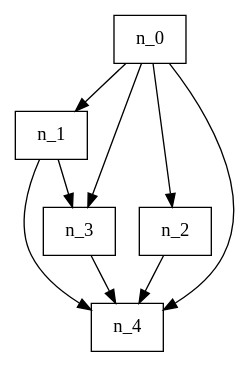
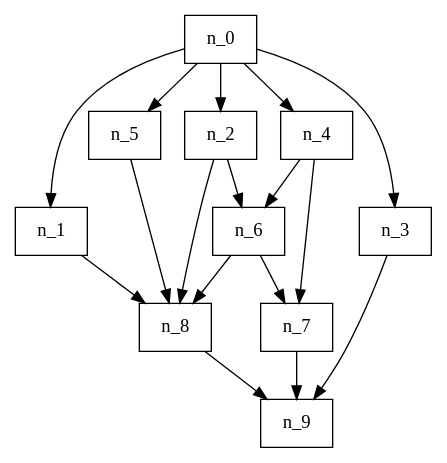
One commit to ctessler/libsched changed the diagram in ex/dtask-04.dot. Above: the diagram before and after it, drawn with Graphviz. The commit also changed 7 other files, not shown here.

```diff
--- a/ex/dtask-04.dot
+++ b/ex/dtask-04.dot
@@ -1,81 +1,150 @@
-strict digraph "Task{n=5,e=0.20}" {
-	graph [bb="0,0,163.97,252",
-		cpathlen=112,
-		deadline=186,
-		period=232,
-		workload=139
+strict digraph "Task{n=10,e=0.20}" {
+	graph [bb="0,0,312,324",
+		collapsed=0,
+		cpathlen=104,
+		deadline=342,
+		period=342,
+		workload=205
 	];
 	node [distance=0,
 		factor=0,
 		label="\N",
 		marked=0,
 		object=0,
 		shape=rectangle,
 		threads=0,
 		visited=0,
 		wcet=0,
 		wcetone=0
 	];
-	n_0	 [distance=27,
-		factor=0.117816,
+	n_0	 [distance=12,
+		factor=0.390984,
 		height=0.5,
-		pos="101,234",
-		texlbl="${d:27, n_0 = \langle o_0, c_1:27, c(1):27, F:0.12 \rangle}$",
+		object=2,
+		pos="154,306",
+		texlbl="${d:12, n_0 = \langle o_2, c_1:12, c(1):12, F:0.39 \rangle}$",
 		threads=1,
-		wcet=27,
-		wcetone=27,
+		wcet=12,
+		wcetone=12,
 		width=0.75];
-	n_1	 [distance=58,
-		factor=0.185624,
+	n_1	 [distance=24,
+		factor=0.390984,
 		height=0.5,
 		object=2,
 		pos="27,162",
-		texlbl="${d:58, n_1 = \langle o_2, c_1:31, c(1):31, F:0.19 \rangle}$",
+		texlbl="${d:24, n_1 = \langle o_2, c_1:12, c(1):12, F:0.39 \rangle}$",
 		threads=1,
-		wcet=31,
-		wcetone=31,
+		wcet=12,
+		wcetone=12,
 		width=0.75];
 	n_0 -> n_1 [key="n_0 -> n_1",
-	pos="e,45.667,180.16 82.327,215.83 73.475,207.22 62.751,196.79 53.111,187.4"];
-n_2 [distance=54,
-	factor=0.117816,
+	pos="e,26.39,180.13 126.59,299.57 101.72,292.27 65.988,277.88 46,252 32.474,234.49 28.024,209.56 26.788,190.38"];
+n_2 [distance=27,
+	factor=0.668321,
 	height=0.5,
-	pos="120,90",
-	texlbl="${d:54, n_2 = \langle o_0, c_1:27, c(1):27, F:0.12 \rangle}$",
+	object=1,
+	pos="154,234",
+	texlbl="${d:27, n_2 = \langle o_1, c_1:15, c(1):15, F:0.67 \rangle}$",
 	threads=1,
-	wcet=27,
-	wcetone=27,
+	wcet=15,
+	wcetone=15,
 	width=0.75];
 n_0 -> n_2 [key="n_0 -> n_2",
-pos="e,117.61,108.09 103.41,215.76 106.65,191.2 112.45,147.25 116.26,118.35"];
-n_3 [distance=85,
-factor=0.117816,
+pos="e,154,252.41 154,287.83 154,280.13 154,270.97 154,262.42"];
+n_3 [distance=24,
+factor=0.390984,
 height=0.5,
-pos="48,90",
-texlbl="${d:85, n_3 = \langle o_0, c_1:27, c(1):27, F:0.12 \rangle}$",
+object=2,
+pos="285,162",
+texlbl="${d:24, n_3 = \langle o_2, c_1:12, c(1):12, F:0.39 \rangle}$",
 threads=1,
-wcet=27,
-wcetone=27,
+wcet=12,
+wcetone=12,
 width=0.75];
 n_0 -> n_3 [key="n_0 -> n_3",
-pos="e,54.658,108.09 94.288,215.76 85.168,190.98 68.785,146.47 58.156,117.59"];
-n_4 [distance=112,
-factor=0.117816,
+pos="e,284.68,180.18 181.17,299.37 205.86,291.94 241.47,277.46 262,252 276.09,234.52 281.66,209.44 283.81,190.19"];
+n_4 [distance=24,
+factor=0.390984,
 height=0.5,
-pos="84,18",
-texlbl="${d:112, n_4 = \langle o_0, c_1:27, c(1):27, F:0.12 \rangle}$",
+object=2,
+pos="226,234",
+texlbl="${d:24, n_4 = \langle o_2, c_1:12, c(1):12, F:0.39 \rangle}$",
 threads=1,
-wcet=27,
-wcetone=27,
+wcet=12,
+wcetone=12,
 width=0.75];
 n_0 -> n_4 [key="n_0 -> n_4",
-pos="e,111.09,30.344 116.25,215.86 140.04,185.22 180.84,121.68 156,72 148.32,56.638 133.96,44.512 120.07,35.676"];
-n_1 -> n_3 [key="n_1 -> n_3",
-pos="e,42.629,108.41 32.299,143.83 34.57,136.05 37.275,126.77 39.794,118.13"];
-n_1 -> n_4 [key="n_1 -> n_4",
-pos="e,56.909,30.344 17.776,143.79 9.5789,124.9 0.52376,94.952 12,72 19.681,56.638 34.04,44.512 47.927,35.676"];
-n_2 -> n_4 [key="n_2 -> n_4",
-pos="e,93.207,36.413 110.92,71.831 106.94,63.877 102.18,54.369 97.786,45.572"];
-n_3 -> n_4 [key="n_3 -> n_4",
-pos="e,74.793,36.413 57.084,71.831 61.061,63.877 65.815,54.369 70.214,45.572"];
+pos="e,207.59,252.41 172.17,287.83 180.72,279.28 191.06,268.94 200.38,259.62"];
+n_5 [distance=27,
+factor=0.668321,
+height=0.5,
+object=1,
+pos="82,234",
+texlbl="${d:27, n_5 = \langle o_1, c_1:15, c(1):15, F:0.67 \rangle}$",
+threads=1,
+wcet=15,
+wcetone=15,
+width=0.75];
+n_0 -> n_5 [key="n_0 -> n_5",
+pos="e,100.41,252.41 135.83,287.83 127.28,279.28 116.94,268.94 107.62,259.62"];
+n_8 [distance=89,
+factor=0.197746,
+height=0.5,
+pos="120,90",
+texlbl="${d:89, n_8 = \langle o_0, c_1:50, c(1):50, F:0.20 \rangle}$",
+threads=1,
+wcet=50,
+wcetone=50,
+width=0.75];
+n_1 -> n_8 [key="n_1 -> n_8",
+pos="e,96.54,108.16 50.468,143.83 62.033,134.88 76.14,123.96 88.618,114.3"];
+n_2 -> n_8 [key="n_2 -> n_8",
+pos="e,123.45,108 148.57,215.58 145.59,205.18 141.91,191.91 139,180 133.96,159.35 129.02,135.84 125.44,118.03"];
+n_6 [distance=39,
+factor=0.390984,
+height=0.5,
+object=2,
+pos="175,162",
+texlbl="${d:39, n_6 = \langle o_2, c_1:12, c(1):12, F:0.39 \rangle}$",
+threads=1,
+wcet=12,
+wcetone=12,
+width=0.75];
+n_2 -> n_6 [key="n_2 -> n_6",
+pos="e,169.63,180.41 159.3,215.83 161.57,208.05 164.27,198.77 166.79,190.13"];
+n_9 [distance=104,
+factor=0.668321,
+height=0.5,
+object=1,
+pos="211,18",
+texlbl="${d:104, n_9 = \langle o_1, c_1:15, c(1):15, F:0.67 \rangle}$",
+threads=1,
+wcet=15,
+wcetone=15,
+width=0.75];
+n_3 -> n_9 [key="n_3 -> n_9",
+pos="e,224.56,36.452 278.53,143.95 271.64,125.44 259.94,96.045 247,72 242.09,62.869 236.05,53.324 230.34,44.843"];
+n_4 -> n_6 [key="n_4 -> n_6",
+pos="e,188.04,180.41 213.13,215.83 207.32,207.62 200.33,197.76 193.94,188.73"];
+n_7 [distance=89,
+factor=0.197746,
+height=0.5,
+pos="211,90",
+texlbl="${d:89, n_7 = \langle o_0, c_1:50, c(1):50, F:0.20 \rangle}$",
+threads=1,
+wcet=50,
+wcetone=50,
+width=0.75];
+n_4 -> n_7 [key="n_4 -> n_7",
+pos="e,212.88,108.09 224.1,215.76 221.54,191.2 216.96,147.25 213.95,118.35"];
+n_5 -> n_8 [key="n_5 -> n_8",
+pos="e,115.23,108.09 86.813,215.76 93.323,191.09 105,146.86 112.62,117.97"];
+n_8 -> n_9 [key="n_8 -> n_9",
+pos="e,188.04,36.163 142.96,71.831 154.17,62.963 167.82,52.164 179.94,42.572"];
+n_6 -> n_8 [key="n_6 -> n_8",
+pos="e,134.07,108.41 161.12,143.83 154.79,135.54 147.16,125.56 140.21,116.45"];
+n_6 -> n_7 [key="n_6 -> n_7",
+pos="e,201.79,108.41 184.08,143.83 188.06,135.88 192.82,126.37 197.21,117.57"];
+n_7 -> n_9 [key="n_7 -> n_9",
+pos="e,211,36.413 211,71.831 211,64.131 211,54.974 211,46.417"];
 }
```
